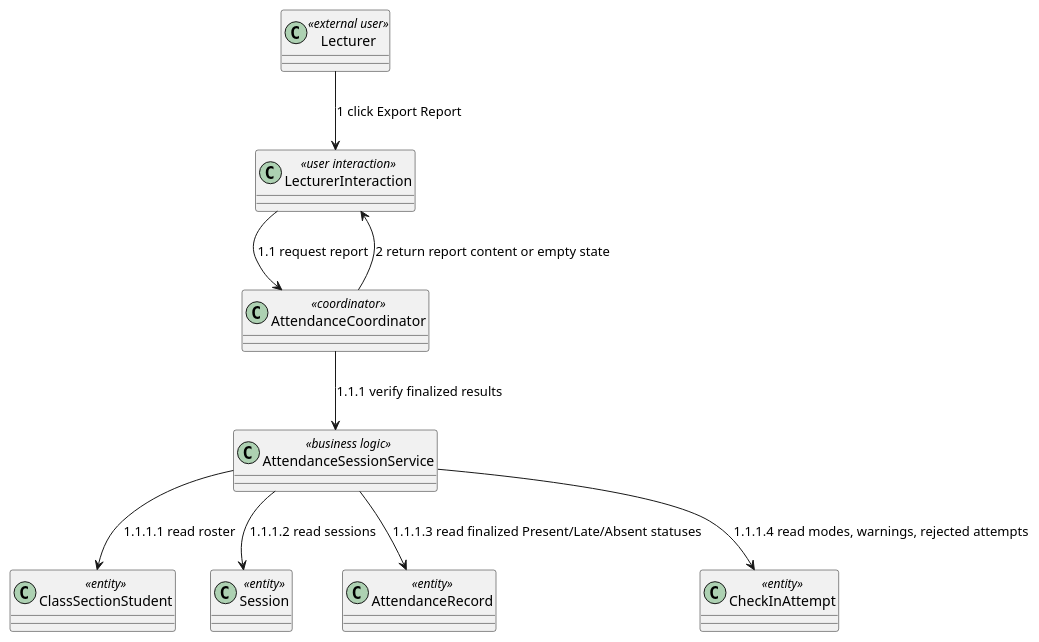
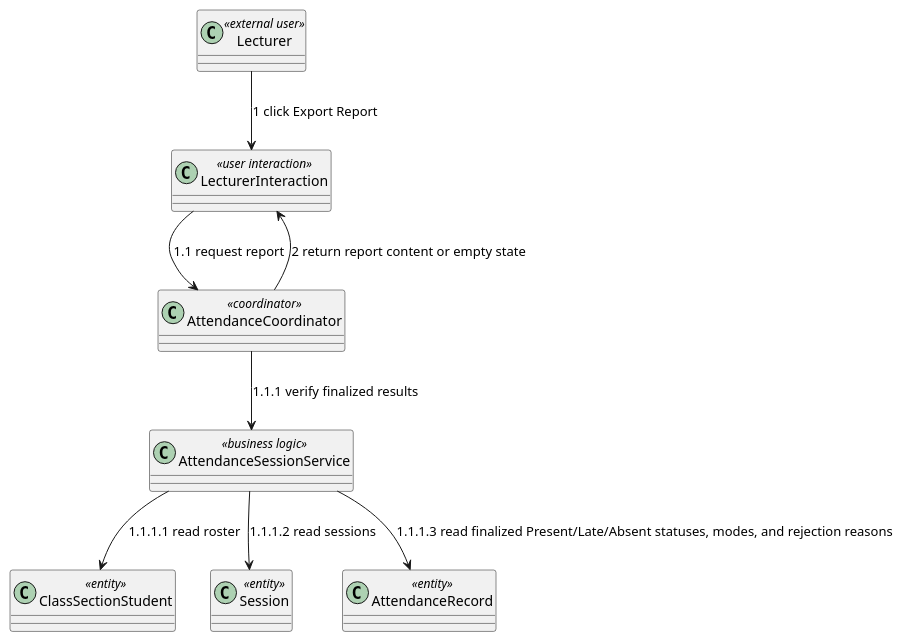
Before and after one commit to nttung42/SWD392: diagram 22 of 28 in docs/rds/2_Analysis.md, drawn with PlantUML. The commit also changed other lines of this file and 4 other files, not shown here.

Commit message:
not force calculate distance and merge checkin attemp with attendance record

````diff
--- a/docs/rds/2_Analysis.md
+++ b/docs/rds/2_Analysis.md
@@ -1163,21 +1030,19 @@
 ```plantuml
 @startuml
 class "Lecturer" as Lecturer <<external user>>
 class "LecturerInteraction" as LecturerUI <<user interaction>>
 class "AttendanceCoordinator" as ReportControl <<coordinator>>
 class "AttendanceSessionService" as ReportRules <<business logic>>
 class "ClassSectionStudent" as ClassSectionStudent <<entity>>
 class "Session" as Session <<entity>>
 class "AttendanceRecord" as AttendanceRecord <<entity>>
-class "CheckInAttempt" as CheckInAttempt <<entity>>
 
 Lecturer --> LecturerUI : 1 click Export Report
 LecturerUI --> ReportControl : 1.1 request report
 ReportControl --> ReportRules : 1.1.1 verify finalized results
 ReportRules --> ClassSectionStudent : 1.1.1.1 read roster
 ReportRules --> Session : 1.1.1.2 read sessions
-ReportRules --> AttendanceRecord : 1.1.1.3 read finalized Present/Late/Absent statuses
-ReportRules --> CheckInAttempt : 1.1.1.4 read modes, warnings, rejected attempts
+ReportRules --> AttendanceRecord : 1.1.1.3 read finalized Present/Late/Absent statuses, modes, and rejection reasons
 ReportControl --> LecturerUI : 2 return report content or empty state
 @enduml
 ```
````
